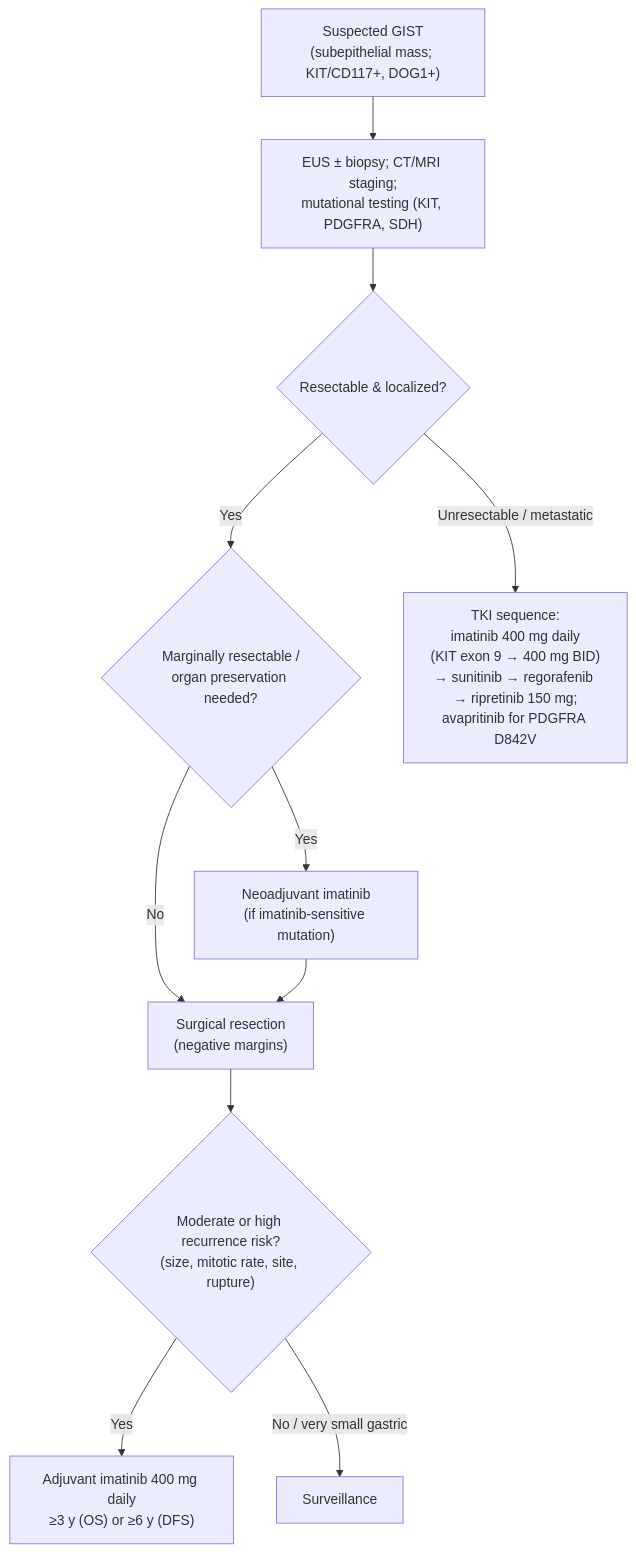
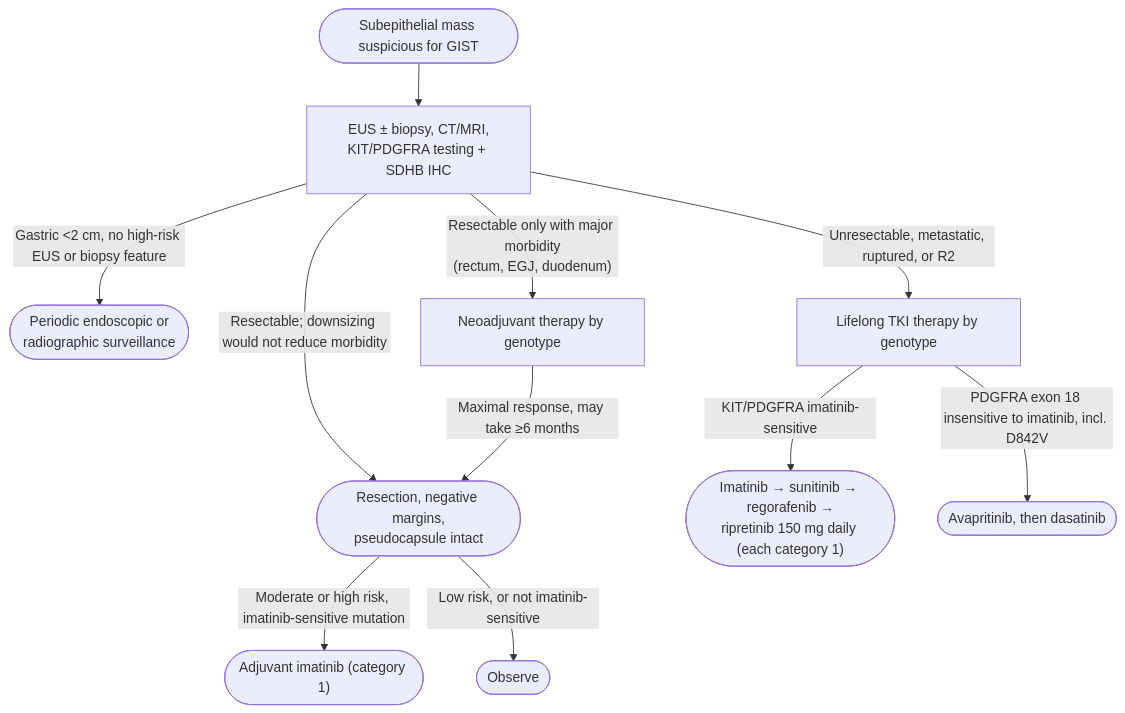
One commit to KHNickLeMD/KHNL-GI-Wiki changed the diagram in KHNL-GI-Wiki/wiki/1-disease-scripts/other/gastrointestinal-stromal-tumor.md. Above: the diagram before and after it, drawn with Mermaid. The commit also changed other lines of this file and 13 other files, not shown here.

````diff
--- a/KHNL-GI-Wiki/wiki/1-disease-scripts/other/gastrointestinal-stromal-tumor.md
+++ b/KHNL-GI-Wiki/wiki/1-disease-scripts/other/gastrointestinal-stromal-tumor.md
@@ -111,13 +165,17 @@
 ```mermaid
 flowchart TD
-    A["Suspected GIST<br/>(subepithelial mass; KIT/CD117+, DOG1+)"] --> B["EUS ± biopsy; CT/MRI staging;<br/>mutational testing (KIT, PDGFRA, SDH)"]
-    B --> C{"Resectable & localized?"}
-    C -->|"Yes"| D{"Marginally resectable /<br/>organ preservation needed?"}
-    D -->|"No"| SX["Surgical resection<br/>(negative margins)"]
-    D -->|"Yes"| NEO["Neoadjuvant imatinib<br/>(if imatinib-sensitive mutation)"]
-    NEO --> SX
-    SX --> RISK{"Moderate or high recurrence risk?<br/>(size, mitotic rate, site, rupture)"}
-    RISK -->|"Yes"| ADJ["Adjuvant imatinib 400 mg daily<br/>≥3 y (OS) or ≥6 y (DFS)"]
-    RISK -->|"No / very small gastric"| SURV["Surveillance"]
-    C -->|"Unresectable / metastatic"| SYS["TKI sequence:<br/>imatinib 400 mg daily<br/>(KIT exon 9 → 400 mg BID)<br/>→ sunitinib → regorafenib → ripretinib 150 mg;<br/>avapritinib for PDGFRA D842V"]
+    A(["Subepithelial mass suspicious for GIST"]) --> B["EUS ± biopsy, CT/MRI,<br/>KIT/PDGFRA testing + SDHB IHC"]
+    B -- "Gastric <2 cm, no high-risk EUS or biopsy feature" --> S(["Periodic endoscopic or<br/>radiographic surveillance"])
+    B -- "Resectable; downsizing would not reduce morbidity" --> SX(["Resection, negative margins,<br/>pseudocapsule intact"])
+    B -- "Resectable only with major morbidity<br/>(rectum, EGJ, duodenum)" --> NEO["Neoadjuvant therapy by genotype"]
+    NEO -- "Maximal response, may take ≥6 months" --> SX
+    SX -- "Moderate or high risk, imatinib-sensitive mutation" --> ADJ(["Adjuvant imatinib (category 1)"])
+    SX -- "Low risk, or not imatinib-sensitive" --> OBS(["Observe"])
+    B -- "Unresectable, metastatic, ruptured, or R2" --> SYS["Lifelong TKI therapy by genotype"]
+    SYS -- "KIT/PDGFRA imatinib-sensitive" --> SEQ(["Imatinib → sunitinib → regorafenib →<br/>ripretinib 150 mg daily (each category 1)"])
+    SYS -- "PDGFRA exon 18 insensitive to imatinib, incl. D842V" --> AVA(["Avapritinib, then dasatinib"])
+    class A start
+    class B,NEO,SYS test
+    class S,SX,ADJ,SEQ,AVA act
+    class OBS stop
 ```
````
